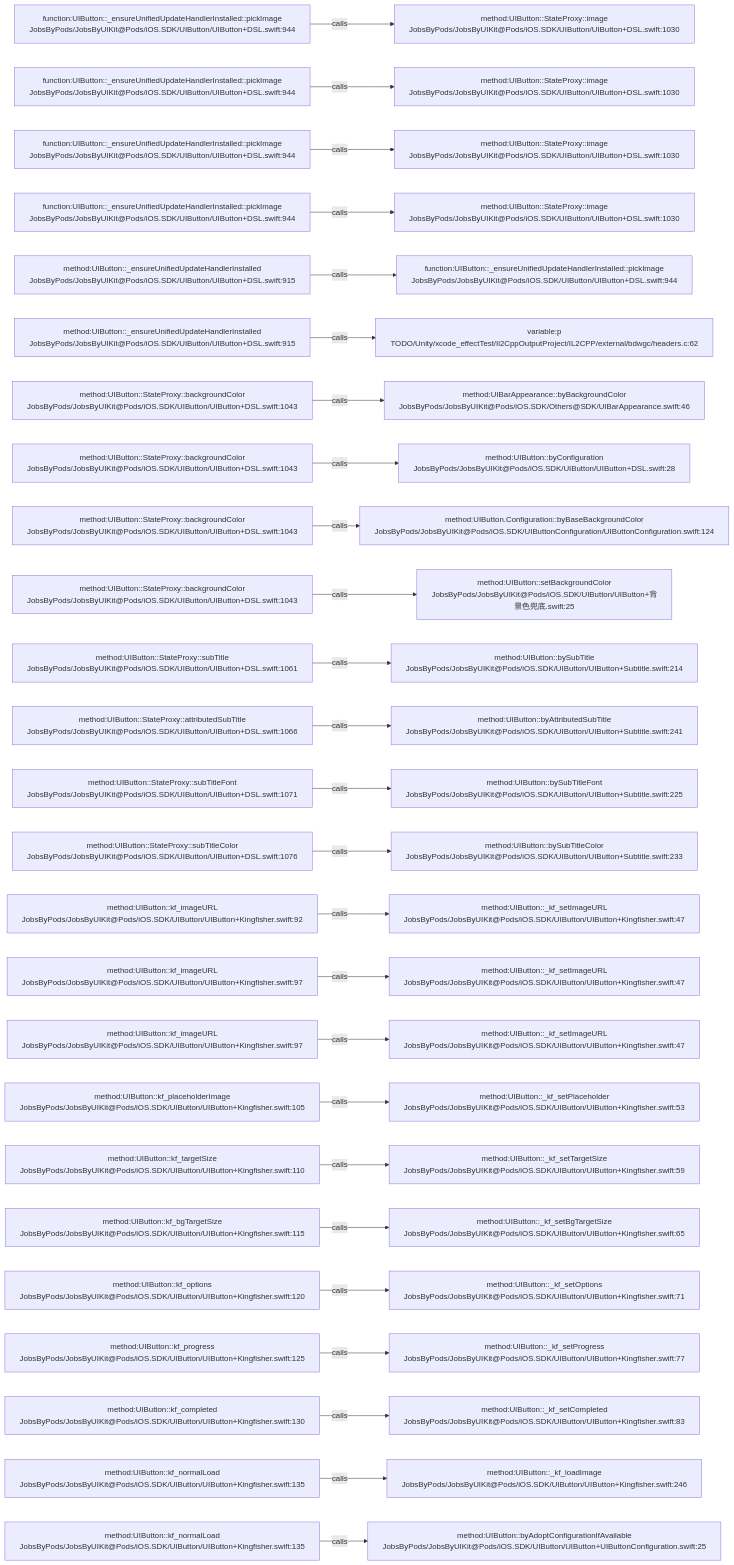
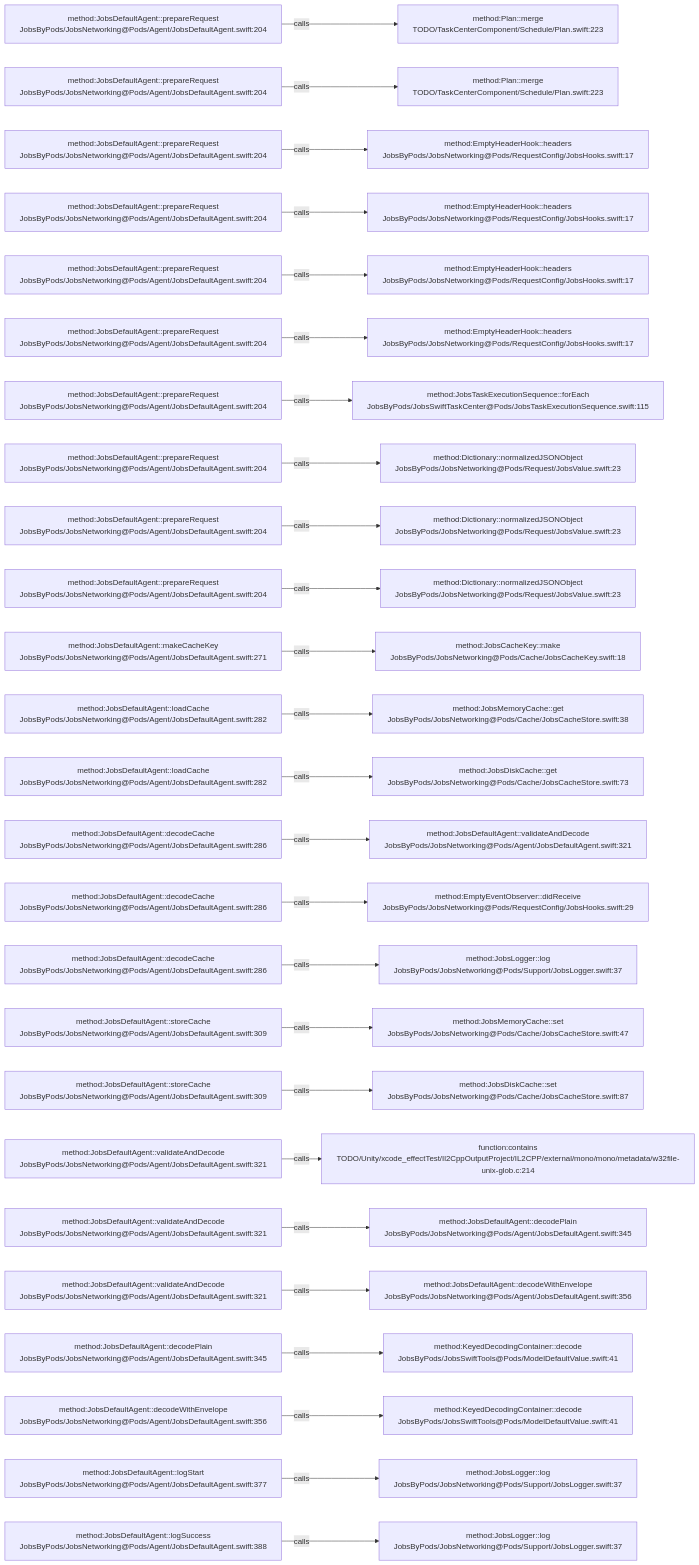
One commit to JobsKits/JobsSwiftBaseConfigDemo changed the diagram in .codegraph/codegraph.md/graphs/calls-038.md. Above: the diagram before and after it, drawn with Mermaid. The commit also changed 569 other files, not shown here.

````diff
--- a/.codegraph/codegraph.md/graphs/calls-038.md
+++ b/.codegraph/codegraph.md/graphs/calls-038.md
@@ -13,78 +13,78 @@
 ```mermaid
 flowchart LR
-  S1["function:UIButton::_ensureUnifiedUpdateHandlerInstalled::pickImage<br/>JobsByPods/JobsByUIKit@Pods/iOS.SDK/UIButton/UIButton+DSL.swift:944"]
-  T1["method:UIButton::StateProxy::image<br/>JobsByPods/JobsByUIKit@Pods/iOS.SDK/UIButton/UIButton+DSL.swift:1030"]
+  S1["method:JobsDefaultAgent::prepareRequest<br/>JobsByPods/JobsNetworking@Pods/Agent/JobsDefaultAgent.swift:204"]
+  T1["method:Plan::merge<br/>TODO/TaskCenterComponent/Schedule/Plan.swift:223"]
   S1 -->|calls| T1
-  S2["function:UIButton::_ensureUnifiedUpdateHandlerInstalled::pickImage<br/>JobsByPods/JobsByUIKit@Pods/iOS.SDK/UIButton/UIButton+DSL.swift:944"]
-  T2["method:UIButton::StateProxy::image<br/>JobsByPods/JobsByUIKit@Pods/iOS.SDK/UIButton/UIButton+DSL.swift:1030"]
+  S2["method:JobsDefaultAgent::prepareRequest<br/>JobsByPods/JobsNetworking@Pods/Agent/JobsDefaultAgent.swift:204"]
+  T2["method:Plan::merge<br/>TODO/TaskCenterComponent/Schedule/Plan.swift:223"]
   S2 -->|calls| T2
-  S3["function:UIButton::_ensureUnifiedUpdateHandlerInstalled::pickImage<br/>JobsByPods/JobsByUIKit@Pods/iOS.SDK/UIButton/UIButton+DSL.swift:944"]
-  T3["method:UIButton::StateProxy::image<br/>JobsByPods/JobsByUIKit@Pods/iOS.SDK/UIButton/UIButton+DSL.swift:1030"]
+  S3["method:JobsDefaultAgent::prepareRequest<br/>JobsByPods/JobsNetworking@Pods/Agent/JobsDefaultAgent.swift:204"]
+  T3["method:EmptyHeaderHook::headers<br/>JobsByPods/JobsNetworking@Pods/RequestConfig/JobsHooks.swift:17"]
   S3 -->|calls| T3
-  S4["function:UIButton::_ensureUnifiedUpdateHandlerInstalled::pickImage<br/>JobsByPods/JobsByUIKit@Pods/iOS.SDK/UIButton/UIButton+DSL.swift:944"]
-  T4["method:UIButton::StateProxy::image<br/>JobsByPods/JobsByUIKit@Pods/iOS.SDK/UIButton/UIButton+DSL.swift:1030"]
+  S4["method:JobsDefaultAgent::prepareRequest<br/>JobsByPods/JobsNetworking@Pods/Agent/JobsDefaultAgent.swift:204"]
+  T4["method:EmptyHeaderHook::headers<br/>JobsByPods/JobsNetworking@Pods/RequestConfig/JobsHooks.swift:17"]
   S4 -->|calls| T4
-  S5["method:UIButton::_ensureUnifiedUpdateHandlerInstalled<br/>JobsByPods/JobsByUIKit@Pods/iOS.SDK/UIButton/UIButton+DSL.swift:915"]
-  T5["function:UIButton::_ensureUnifiedUpdateHandlerInstalled::pickImage<br/>JobsByPods/JobsByUIKit@Pods/iOS.SDK/UIButton/UIButton+DSL.swift:944"]
+  S5["method:JobsDefaultAgent::prepareRequest<br/>JobsByPods/JobsNetworking@Pods/Agent/JobsDefaultAgent.swift:204"]
+  T5["method:EmptyHeaderHook::headers<br/>JobsByPods/JobsNetworking@Pods/RequestConfig/JobsHooks.swift:17"]
   S5 -->|calls| T5
-  S6["method:UIButton::_ensureUnifiedUpdateHandlerInstalled<br/>JobsByPods/JobsByUIKit@Pods/iOS.SDK/UIButton/UIButton+DSL.swift:915"]
-  T6["variable:p<br/>TODO/Unity/xcode_effectTest/Il2CppOutputProject/IL2CPP/external/bdwgc/headers.c:62"]
+  S6["method:JobsDefaultAgent::prepareRequest<br/>JobsByPods/JobsNetworking@Pods/Agent/JobsDefaultAgent.swift:204"]
+  T6["method:EmptyHeaderHook::headers<br/>JobsByPods/JobsNetworking@Pods/RequestConfig/JobsHooks.swift:17"]
   S6 -->|calls| T6
-  S7["method:UIButton::StateProxy::backgroundColor<br/>JobsByPods/JobsByUIKit@Pods/iOS.SDK/UIButton/UIButton+DSL.swift:1043"]
-  T7["method:UIBarAppearance::byBackgroundColor<br/>JobsByPods/JobsByUIKit@Pods/iOS.SDK/Others@SDK/UIBarAppearance.swift:46"]
+  S7["method:JobsDefaultAgent::prepareRequest<br/>JobsByPods/JobsNetworking@Pods/Agent/JobsDefaultAgent.swift:204"]
+  T7["method:JobsTaskExecutionSequence::forEach<br/>JobsByPods/JobsSwiftTaskCenter@Pods/JobsTaskExecutionSequence.swift:115"]
   S7 -->|calls| T7
-  S8["method:UIButton::StateProxy::backgroundColor<br/>JobsByPods/JobsByUIKit@Pods/iOS.SDK/UIButton/UIButton+DSL.swift:1043"]
-  T8["method:UIButton::byConfiguration<br/>JobsByPods/JobsByUIKit@Pods/iOS.SDK/UIButton/UIButton+DSL.swift:28"]
+  S8["method:JobsDefaultAgent::prepareRequest<br/>JobsByPods/JobsNetworking@Pods/Agent/JobsDefaultAgent.swift:204"]
+  T8["method:Dictionary::normalizedJSONObject<br/>JobsByPods/JobsNetworking@Pods/Request/JobsValue.swift:23"]
   S8 -->|calls| T8
-  S9["method:UIButton::StateProxy::backgroundColor<br/>JobsByPods/JobsByUIKit@Pods/iOS.SDK/UIButton/UIButton+DSL.swift:1043"]
-  T9["method:UIButton.Configuration::byBaseBackgroundColor<br/>JobsByPods/JobsByUIKit@Pods/iOS.SDK/UIButtonConfiguration/UIButtonConfiguration.swift:124"]
+  S9["method:JobsDefaultAgent::prepareRequest<br/>JobsByPods/JobsNetworking@Pods/Agent/JobsDefaultAgent.swift:204"]
+  T9["method:Dictionary::normalizedJSONObject<br/>JobsByPods/JobsNetworking@Pods/Request/JobsValue.swift:23"]
   S9 -->|calls| T9
-  S10["method:UIButton::StateProxy::backgroundColor<br/>JobsByPods/JobsByUIKit@Pods/iOS.SDK/UIButton/UIButton+DSL.swift:1043"]
-  T10["method:UIButton::setBackgroundColor<br/>JobsByPods/JobsByUIKit@Pods/iOS.SDK/UIButton/UIButton+背景色兜底.swift:25"]
+  S10["method:JobsDefaultAgent::prepareRequest<br/>JobsByPods/JobsNetworking@Pods/Agent/JobsDefaultAgent.swift:204"]
+  T10["method:Dictionary::normalizedJSONObject<br/>JobsByPods/JobsNetworking@Pods/Request/JobsValue.swift:23"]
   S10 -->|calls| T10
-  S11["method:UIButton::StateProxy::subTitle<br/>JobsByPods/JobsByUIKit@Pods/iOS.SDK/UIButton/UIButton+DSL.swift:1061"]
-  T11["method:UIButton::bySubTitle<br/>JobsByPods/JobsByUIKit@Pods/iOS.SDK/UIButton/UIButton+Subtitle.swift:214"]
+  S11["method:JobsDefaultAgent::makeCacheKey<br/>JobsByPods/JobsNetworking@Pods/Agent/JobsDefaultAgent.swift:271"]
+  T11["method:JobsCacheKey::make<br/>JobsByPods/JobsNetworking@Pods/Cache/JobsCacheKey.swift:18"]
   S11 -->|calls| T11
-  S12["method:UIButton::StateProxy::attributedSubTitle<br/>JobsByPods/JobsByUIKit@Pods/iOS.SDK/UIButton/UIButton+DSL.swift:1066"]
-  T12["method:UIButton::byAttributedSubTitle<br/>JobsByPods/JobsByUIKit@Pods/iOS.SDK/UIButton/UIButton+Subtitle.swift:241"]
+  S12["method:JobsDefaultAgent::loadCache<br/>JobsByPods/JobsNetworking@Pods/Agent/JobsDefaultAgent.swift:282"]
+  T12["method:JobsMemoryCache::get<br/>JobsByPods/JobsNetworking@Pods/Cache/JobsCacheStore.swift:38"]
   S12 -->|calls| T12
-  S13["method:UIButton::StateProxy::subTitleFont<br/>JobsByPods/JobsByUIKit@Pods/iOS.SDK/UIButton/UIButton+DSL.swift:1071"]
-  T13["method:UIButton::bySubTitleFont<br/>JobsByPods/JobsByUIKit@Pods/iOS.SDK/UIButton/UIButton+Subtitle.swift:225"]
+  S13["method:JobsDefaultAgent::loadCache<br/>JobsByPods/JobsNetworking@Pods/Agent/JobsDefaultAgent.swift:282"]
+  T13["method:JobsDiskCache::get<br/>JobsByPods/JobsNetworking@Pods/Cache/JobsCacheStore.swift:73"]
   S13 -->|calls| T13
-  S14["method:UIButton::StateProxy::subTitleColor<br/>JobsByPods/JobsByUIKit@Pods/iOS.SDK/UIButton/UIButton+DSL.swift:1076"]
-  T14["method:UIButton::bySubTitleColor<br/>JobsByPods/JobsByUIKit@Pods/iOS.SDK/UIButton/UIButton+Subtitle.swift:233"]
+  S14["method:JobsDefaultAgent::decodeCache<br/>JobsByPods/JobsNetworking@Pods/Agent/JobsDefaultAgent.swift:286"]
+  T14["method:JobsDefaultAgent::validateAndDecode<br/>JobsByPods/JobsNetworking@Pods/Agent/JobsDefaultAgent.swift:321"]
   S14 -->|calls| T14
-  S15["method:UIButton::kf_imageURL<br/>JobsByPods/JobsByUIKit@Pods/iOS.SDK/UIButton/UIButton+Kingfisher.swift:92"]
-  T15["method:UIButton::_kf_setImageURL<br/>JobsByPods/JobsByUIKit@Pods/iOS.SDK/UIButton/UIButton+Kingfisher.swift:47"]
+  S15["method:JobsDefaultAgent::decodeCache<br/>JobsByPods/JobsNetworking@Pods/Agent/JobsDefaultAgent.swift:286"]
+  T15["method:EmptyEventObserver::didReceive<br/>JobsByPods/JobsNetworking@Pods/RequestConfig/JobsHooks.swift:29"]
   S15 -->|calls| T15
-  S16["method:UIButton::kf_imageURL<br/>JobsByPods/JobsByUIKit@Pods/iOS.SDK/UIButton/UIButton+Kingfisher.swift:97"]
-  T16["method:UIButton::_kf_setImageURL<br/>JobsByPods/JobsByUIKit@Pods/iOS.SDK/UIButton/UIButton+Kingfisher.swift:47"]
+  S16["method:JobsDefaultAgent::decodeCache<br/>JobsByPods/JobsNetworking@Pods/Agent/JobsDefaultAgent.swift:286"]
+  T16["method:JobsLogger::log<br/>JobsByPods/JobsNetworking@Pods/Support/JobsLogger.swift:37"]
   S16 -->|calls| T16
-  S17["method:UIButton::kf_imageURL<br/>JobsByPods/JobsByUIKit@Pods/iOS.SDK/UIButton/UIButton+Kingfisher.swift:97"]
-  T17["method:UIButton::_kf_setImageURL<br/>JobsByPods/JobsByUIKit@Pods/iOS.SDK/UIButton/UIButton+Kingfisher.swift:47"]
+  S17["method:JobsDefaultAgent::storeCache<br/>JobsByPods/JobsNetworking@Pods/Agent/JobsDefaultAgent.swift:309"]
+  T17["method:JobsMemoryCache::set<br/>JobsByPods/JobsNetworking@Pods/Cache/JobsCacheStore.swift:47"]
   S17 -->|calls| T17
-  S18["method:UIButton::kf_placeholderImage<br/>JobsByPods/JobsByUIKit@Pods/iOS.SDK/UIButton/UIButton+Kingfisher.swift:105"]
-  T18["method:UIButton::_kf_setPlaceholder<br/>JobsByPods/JobsByUIKit@Pods/iOS.SDK/UIButton/UIButton+Kingfisher.swift:53"]
+  S18["method:JobsDefaultAgent::storeCache<br/>JobsByPods/JobsNetworking@Pods/Agent/JobsDefaultAgent.swift:309"]
+  T18["method:JobsDiskCache::set<br/>JobsByPods/JobsNetworking@Pods/Cache/JobsCacheStore.swift:87"]
   S18 -->|calls| T18
-  S19["method:UIButton::kf_targetSize<br/>JobsByPods/JobsByUIKit@Pods/iOS.SDK/UIButton/UIButton+Kingfisher.swift:110"]
-  T19["method:UIButton::_kf_setTargetSize<br/>JobsByPods/JobsByUIKit@Pods/iOS.SDK/UIButton/UIButton+Kingfisher.swift:59"]
+  S19["method:JobsDefaultAgent::validateAndDecode<br/>JobsByPods/JobsNetworking@Pods/Agent/JobsDefaultAgent.swift:321"]
+  T19["function:contains<br/>TODO/Unity/xcode_effectTest/Il2CppOutputProject/IL2CPP/external/mono/mono/metadata/w32file-unix-glob.c:214"]
   S19 -->|calls| T19
-  S20["method:UIButton::kf_bgTargetSize<br/>JobsByPods/JobsByUIKit@Pods/iOS.SDK/UIButton/UIButton+Kingfisher.swift:115"]
-  T20["method:UIButton::_kf_setBgTargetSize<br/>JobsByPods/JobsByUIKit@Pods/iOS.SDK/UIButton/UIButton+Kingfisher.swift:65"]
+  S20["method:JobsDefaultAgent::validateAndDecode<br/>JobsByPods/JobsNetworking@Pods/Agent/JobsDefaultAgent.swift:321"]
+  T20["method:JobsDefaultAgent::decodePlain<br/>JobsByPods/JobsNetworking@Pods/Agent/JobsDefaultAgent.swift:345"]
   S20 -->|calls| T20
-  S21["method:UIButton::kf_options<br/>JobsByPods/JobsByUIKit@Pods/iOS.SDK/UIButton/UIButton+Kingfisher.swift:120"]
-  T21["method:UIButton::_kf_setOptions<br/>JobsByPods/JobsByUIKit@Pods/iOS.SDK/UIButton/UIButton+Kingfisher.swift:71"]
+  S21["method:JobsDefaultAgent::validateAndDecode<br/>JobsByPods/JobsNetworking@Pods/Agent/JobsDefaultAgent.swift:321"]
+  T21["method:JobsDefaultAgent::decodeWithEnvelope<br/>JobsByPods/JobsNetworking@Pods/Agent/JobsDefaultAgent.swift:356"]
   S21 -->|calls| T21
-  S22["method:UIButton::kf_progress<br/>JobsByPods/JobsByUIKit@Pods/iOS.SDK/UIButton/UIButton+Kingfisher.swift:125"]
-  T22["method:UIButton::_kf_setProgress<br/>JobsByPods/JobsByUIKit@Pods/iOS.SDK/UIButton/UIButton+Kingfisher.swift:77"]
+  S22["method:JobsDefaultAgent::decodePlain<br/>JobsByPods/JobsNetworking@Pods/Agent/JobsDefaultAgent.swift:345"]
+  T22["method:KeyedDecodingContainer::decode<br/>JobsByPods/JobsSwiftTools@Pods/ModelDefaultValue.swift:41"]
   S22 -->|calls| T22
-  S23["method:UIButton::kf_completed<br/>JobsByPods/JobsByUIKit@Pods/iOS.SDK/UIButton/UIButton+Kingfisher.swift:130"]
-  T23["method:UIButton::_kf_setCompleted<br/>JobsByPods/JobsByUIKit@Pods/iOS.SDK/UIButton/UIButton+Kingfisher.swift:83"]
+  S23["method:JobsDefaultAgent::decodeWithEnvelope<br/>JobsByPods/JobsNetworking@Pods/Agent/JobsDefaultAgent.swift:356"]
+  T23["method:KeyedDecodingContainer::decode<br/>JobsByPods/JobsSwiftTools@Pods/ModelDefaultValue.swift:41"]
   S23 -->|calls| T23
-  S24["method:UIButton::kf_normalLoad<br/>JobsByPods/JobsByUIKit@Pods/iOS.SDK/UIButton/UIButton+Kingfisher.swift:135"]
-  T24["method:UIButton::_kf_loadImage<br/>JobsByPods/JobsByUIKit@Pods/iOS.SDK/UIButton/UIButton+Kingfisher.swift:246"]
+  S24["method:JobsDefaultAgent::logStart<br/>JobsByPods/JobsNetworking@Pods/Agent/JobsDefaultAgent.swift:377"]
+  T24["method:JobsLogger::log<br/>JobsByPods/JobsNetworking@Pods/Support/JobsLogger.swift:37"]
   S24 -->|calls| T24
-  S25["method:UIButton::kf_normalLoad<br/>JobsByPods/JobsByUIKit@Pods/iOS.SDK/UIButton/UIButton+Kingfisher.swift:135"]
-  T25["method:UIButton::byAdoptConfigurationIfAvailable<br/>JobsByPods/JobsByUIKit@Pods/iOS.SDK/UIButton/UIButton+UIButtonConfiguration.swift:25"]
+  S25["method:JobsDefaultAgent::logSuccess<br/>JobsByPods/JobsNetworking@Pods/Agent/JobsDefaultAgent.swift:388"]
+  T25["method:JobsLogger::log<br/>JobsByPods/JobsNetworking@Pods/Support/JobsLogger.swift:37"]
   S25 -->|calls| T25
 ```
````
